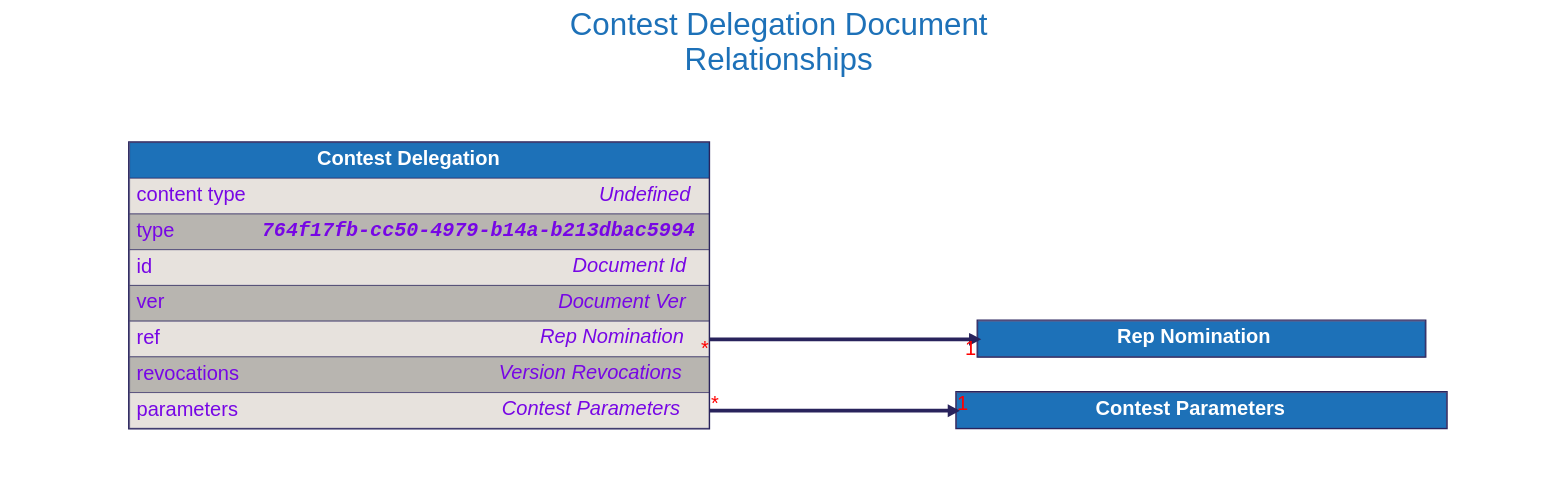
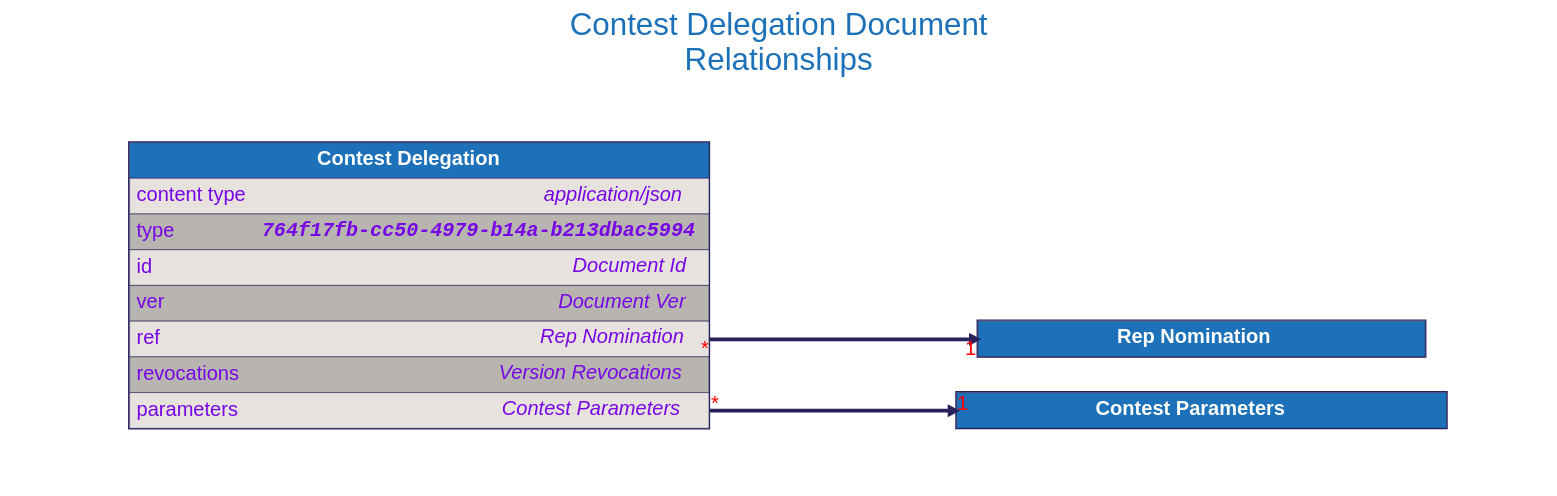
The diagram in docs/src/architecture/08_concepts/signed_doc/diagrams/contest_delegation.dot (input-output-hk/catalyst-libs), drawn with Graphviz before and after one commit. The commit also changed 214 other files, not shown here.

```diff
--- a/docs/src/architecture/08_concepts/signed_doc/diagrams/contest_delegation.dot
+++ b/docs/src/architecture/08_concepts/signed_doc/diagrams/contest_delegation.dot
@@ -1,133 +1,133 @@
 digraph "Contest Delegation" {
     rankdir="LR"
     graph [fontname="helvetica", fontsize="32", fontcolor="#29235c", bgcolor="white"];
     node [penwidth="0", margin="0", fontname="helvetica", fontsize="32", fontcolor="#29235c"];
     edge [fontname="helvetica", fontsize="32", fontcolor="red", color="#29235c"];
 
     labelloc="t"
     label="Contest Delegation Document
 Relationships"
     fontcolor="#1d71b8"
     fontsize=50
     compound=true
 
 
 
     "Rep Nomination" [
         id="Rep Nomination";
         label=<
             <TABLE BORDER="2" COLOR="#29235c" CELLBORDER="1" CELLSPACING="0" CELLPADDING="10">
             <TR>
                 <TD PORT="title" BGCOLOR="#1d71b8" HREF="../rep_nomination/">
                     <FONT COLOR="#ffffff"><B> Rep Nomination </B></FONT>
                 </TD>
             </TR>
 
             </TABLE>
         >
     ];
 
 
     "Contest Parameters" [
         id="Contest Parameters";
         label=<
             <TABLE BORDER="2" COLOR="#29235c" CELLBORDER="1" CELLSPACING="0" CELLPADDING="10">
             <TR>
                 <TD PORT="title" BGCOLOR="#1d71b8" HREF="../contest_parameters/">
                     <FONT COLOR="#ffffff"><B> Contest Parameters </B></FONT>
                 </TD>
             </TR>
 
             </TABLE>
         >
     ];
 
 
     "Contest Delegation" [
         id="Contest Delegation";
         label=<
             <TABLE BORDER="2" COLOR="#29235c" CELLBORDER="1" CELLSPACING="0" CELLPADDING="10">
             <TR>
                 <TD PORT="title" BGCOLOR="#1d71b8" HREF="../contest_delegation/">
                     <FONT COLOR="#ffffff"><B> Contest Delegation </B></FONT>
                 </TD>
             </TR>
             <TR>
                 <TD ALIGN="LEFT" PORT="content type" BGCOLOR="#e7e2dd">
                     <TABLE CELLPADDING="0" CELLSPACING="0" BORDER="0">
                         <TR>
                             <TD ALIGN="LEFT" VALIGN="TOP" WIDTH="200"><FONT COLOR="#7706E5">content type</FONT></TD>
-                            <TD ALIGN="RIGHT"><FONT COLOR="#7706E5"><I>Undefined</I></FONT></TD>
+                            <TD ALIGN="RIGHT"><FONT COLOR="#7706E5"><I>application/json</I></FONT></TD>
                         </TR>
                     </TABLE>
                 </TD>
             </TR>
             <TR>
                 <TD ALIGN="LEFT" PORT="type" BGCOLOR="#b8b5b0">
                     <TABLE CELLPADDING="0" CELLSPACING="0" BORDER="0">
                         <TR>
                             <TD ALIGN="LEFT" VALIGN="TOP" WIDTH="200"><FONT COLOR="#7706E5">type</FONT></TD>
                             <TD ALIGN="RIGHT"><FONT FACE="Courier" COLOR="#7706E5"><B><I>764f17fb-cc50-4979-b14a-b213dbac5994</I></B></FONT></TD>
                         </TR>
                     </TABLE>
                 </TD>
             </TR>
             <TR>
                 <TD ALIGN="LEFT" PORT="id" BGCOLOR="#e7e2dd">
                     <TABLE CELLPADDING="0" CELLSPACING="0" BORDER="0">
                         <TR>
                             <TD ALIGN="LEFT" VALIGN="TOP" WIDTH="200"><FONT COLOR="#7706E5">id</FONT></TD>
                             <TD ALIGN="RIGHT"><FONT COLOR="#7706E5"><I>Document Id</I></FONT></TD>
                         </TR>
                     </TABLE>
                 </TD>
             </TR>
             <TR>
                 <TD ALIGN="LEFT" PORT="ver" BGCOLOR="#b8b5b0">
                     <TABLE CELLPADDING="0" CELLSPACING="0" BORDER="0">
                         <TR>
                             <TD ALIGN="LEFT" VALIGN="TOP" WIDTH="200"><FONT COLOR="#7706E5">ver</FONT></TD>
                             <TD ALIGN="RIGHT"><FONT COLOR="#7706E5"><I>Document Ver</I></FONT></TD>
                         </TR>
                     </TABLE>
                 </TD>
             </TR>
             <TR>
                 <TD ALIGN="LEFT" PORT="ref" BGCOLOR="#e7e2dd">
                     <TABLE CELLPADDING="0" CELLSPACING="0" BORDER="0">
                         <TR>
                             <TD ALIGN="LEFT" VALIGN="TOP" WIDTH="200"><FONT COLOR="#7706E5">ref</FONT></TD>
                             <TD ALIGN="RIGHT"><FONT COLOR="#7706E5"><I>Rep Nomination</I></FONT></TD>
                         </TR>
                     </TABLE>
                 </TD>
             </TR>
             <TR>
                 <TD ALIGN="LEFT" PORT="revocations" BGCOLOR="#b8b5b0">
                     <TABLE CELLPADDING="0" CELLSPACING="0" BORDER="0">
                         <TR>
                             <TD ALIGN="LEFT" VALIGN="TOP" WIDTH="200"><FONT COLOR="#7706E5">revocations</FONT></TD>
                             <TD ALIGN="RIGHT"><FONT COLOR="#7706E5"><I>Version Revocations</I></FONT></TD>
                         </TR>
                     </TABLE>
                 </TD>
             </TR>
             <TR>
                 <TD ALIGN="LEFT" PORT="parameters" BGCOLOR="#e7e2dd">
                     <TABLE CELLPADDING="0" CELLSPACING="0" BORDER="0">
                         <TR>
                             <TD ALIGN="LEFT" VALIGN="TOP" WIDTH="200"><FONT COLOR="#7706E5">parameters</FONT></TD>
                             <TD ALIGN="RIGHT"><FONT COLOR="#7706E5"><I>Contest Parameters</I></FONT></TD>
                         </TR>
                     </TABLE>
                 </TD>
             </TR>
 
             </TABLE>
         >
     ];
 
 
     "Contest Delegation":"ref":e -> "Rep Nomination":"title":w [dir=forward, penwidth=6, color="#29235c", headlabel="1", taillabel="*"]
     "Contest Delegation":"parameters":e -> "Contest Parameters":"title":w [dir=forward, penwidth=6, color="#29235c", headlabel="1", taillabel="*"]
 }
```
